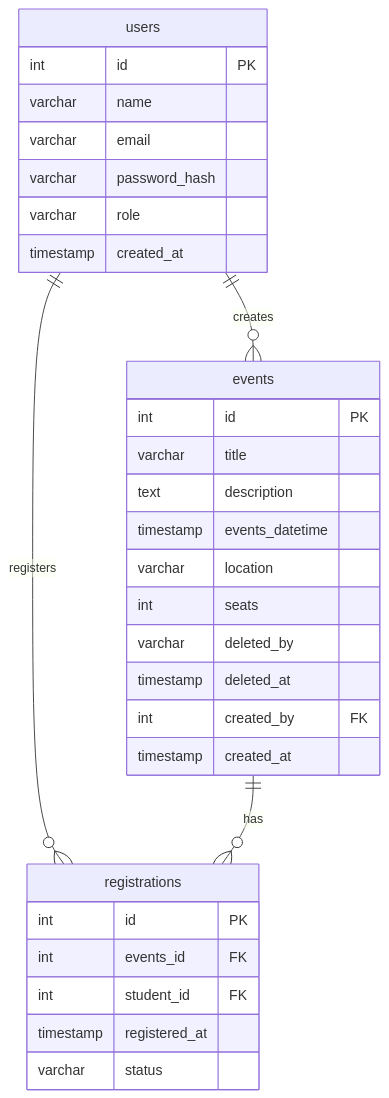
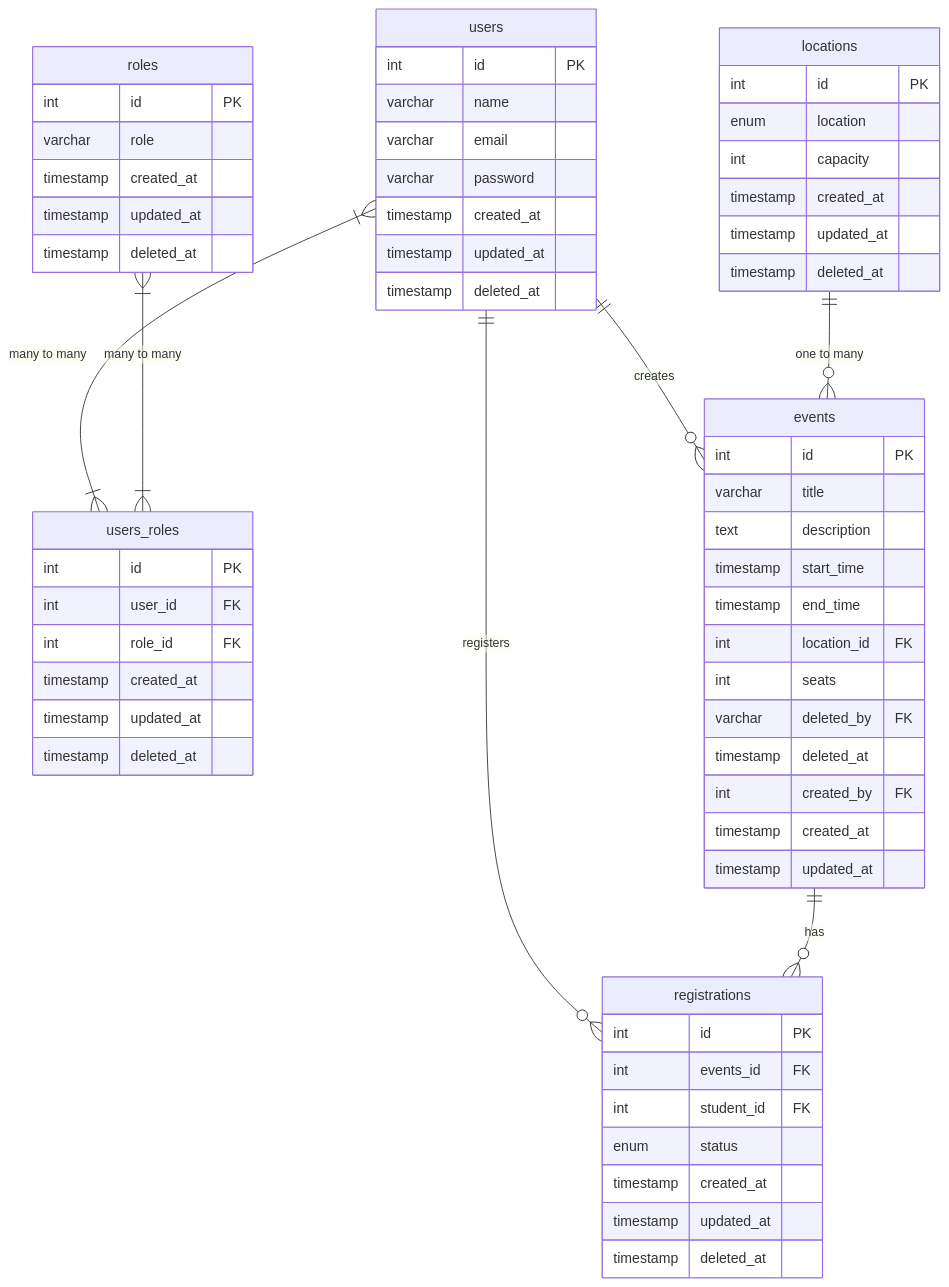
One commit to sarvjeet24kumar/Project-Documentation changed the diagram in docs/er_diagram.md. Above: the diagram before and after it, drawn with Mermaid. The commit also changed 18 other files, not shown here.

Commit message:
Add Architecture diagram

````diff
--- a/docs/er_diagram.md
+++ b/docs/er_diagram.md
@@ -1,38 +1,71 @@
 ```mermaid
 erDiagram
-
     users {
         int id PK
         varchar name
         varchar email
-        varchar password_hash
+        varchar password
+        timestamp created_at
+        timestamp updated_at
+        timestamp deleted_at
+    }
+
+    roles {
+        int id PK
         varchar role
         timestamp created_at
+        timestamp updated_at
+        timestamp deleted_at
+    }
+    users_roles{
+        int id PK
+        int user_id FK
+        int role_id FK
+        timestamp created_at
+        timestamp updated_at
+        timestamp deleted_at
     }
 
     events {
         int id PK
         varchar title
         text description
-        timestamp events_datetime
-        varchar location
+        timestamp start_time
+        timestamp end_time
+        int location_id FK
         int seats
-        varchar deleted_by
+        varchar deleted_by FK
         timestamp deleted_at
         int created_by FK
         timestamp created_at
+        timestamp updated_at
+    }
+    locations {
+        int id PK
+        enum location
+        int  capacity
+        timestamp created_at
+        timestamp updated_at
+        timestamp deleted_at
     }
 
     registrations {
         int id PK
         int events_id FK
         int student_id FK
-        timestamp registered_at
-        varchar status
+        enum status
+        timestamp created_at
+        timestamp updated_at
+        timestamp deleted_at
     }
 
     users ||--o{ events : "creates"
+    users }|--|{ users_roles : "many to many"
+    roles }|--|{ users_roles : "many to many"
+
+    locations ||--o{ events : "one to many"
+
     users ||--o{ registrations : "registers"
     events ||--o{ registrations : "has"
 
 ```
````
